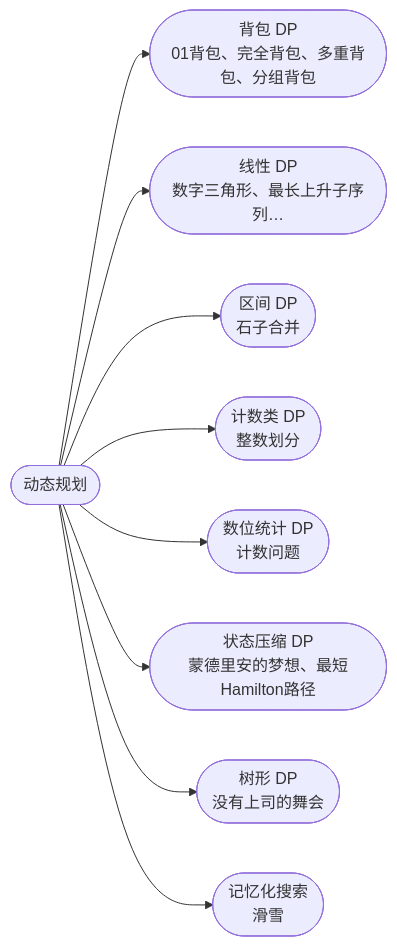
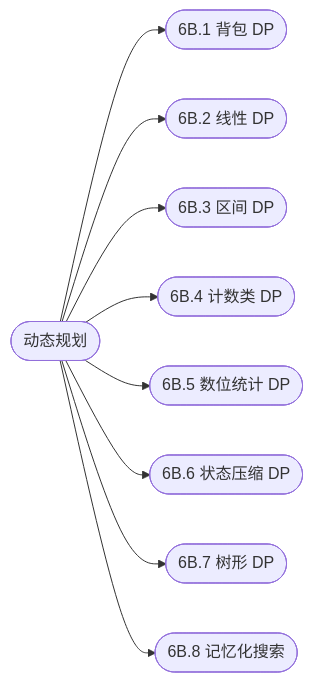
Before and after one commit to cuberxl/Coders-Note: the diagram in 6B-动态规划/index.md, drawn with Mermaid. The commit also changed other lines of this file and 153 other files, not shown here.

````diff
--- a/6B-动态规划/index.md
+++ b/6B-动态规划/index.md
@@ -28,12 +28,12 @@
 ```mermaid
 flowchart LR
     R(["动态规划"])
-    R --> N1(["背包 DP<br/>01背包、完全背包、多重背包、分组背包"])
-    R --> N2(["线性 DP<br/>数字三角形、最长上升子序列…"])
-    R --> N3(["区间 DP<br/>石子合并"])
-    R --> N4(["计数类 DP<br/>整数划分"])
-    R --> N5(["数位统计 DP<br/>计数问题"])
-    R --> N6(["状态压缩 DP<br/>蒙德里安的梦想、最短Hamilton路径"])
-    R --> N7(["树形 DP<br/>没有上司的舞会"])
-    R --> N8(["记忆化搜索<br/>滑雪"])
+    R --> N1(["6B.1 背包 DP"])
+    R --> N2(["6B.2 线性 DP"])
+    R --> N3(["6B.3 区间 DP"])
+    R --> N4(["6B.4 计数类 DP"])
+    R --> N5(["6B.5 数位统计 DP"])
+    R --> N6(["6B.6 状态压缩 DP"])
+    R --> N7(["6B.7 树形 DP"])
+    R --> N8(["6B.8 记忆化搜索"])
 ```
````
